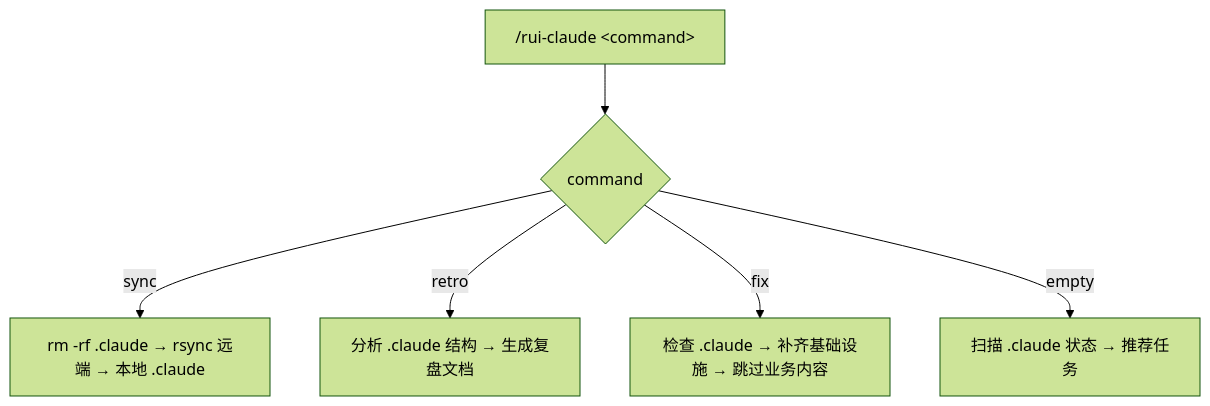
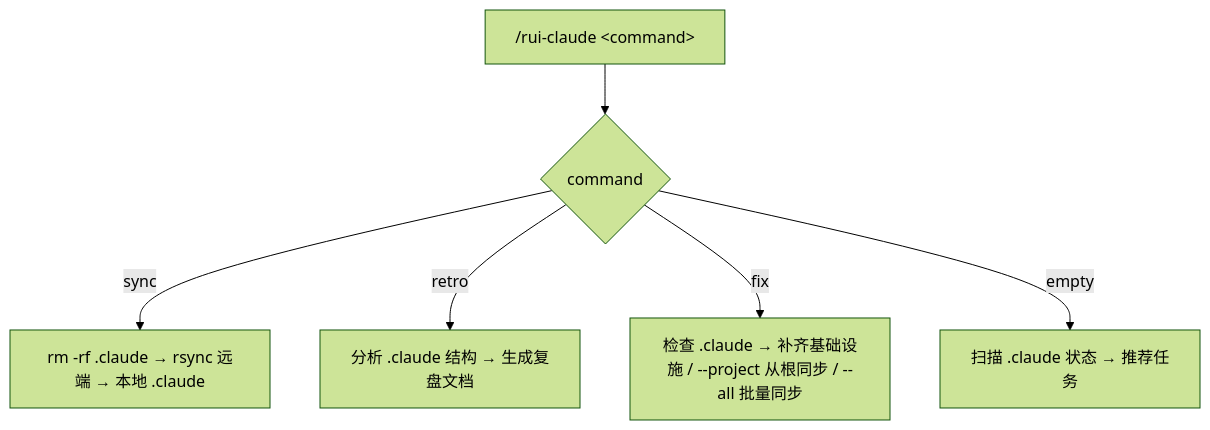
One commit to effiy/YrY changed the first of 4 diagrams in skills/rui-claude/SKILL.md. Above: the diagram before and after it, drawn with Mermaid (forest theme). The commit also changed other lines of this file and 2 other files, not shown here.

````diff
--- a/skills/rui-claude/SKILL.md
+++ b/skills/rui-claude/SKILL.md
@@ -10,8 +10,8 @@
 ```mermaid
 flowchart TD
     USER["/rui-claude &lt;command&gt;"] --> ROUTE{command}
     ROUTE -->|sync| SYNC["rm -rf .claude → rsync 远端 → 本地 .claude"]
     ROUTE -->|retro| RETRO["分析 .claude 结构 → 生成复盘文档"]
-    ROUTE -->|fix| FIX["检查 .claude → 补齐基础设施 → 跳过业务内容"]
+    ROUTE -->|fix| FIX["检查 .claude → 补齐基础设施 / --project 从根同步 / --all 批量同步"]
     ROUTE -->|empty| RECOMMEND["扫描 .claude 状态 → 推荐任务"]
 ```
````
